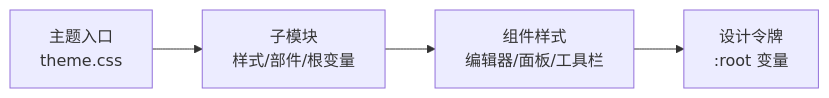
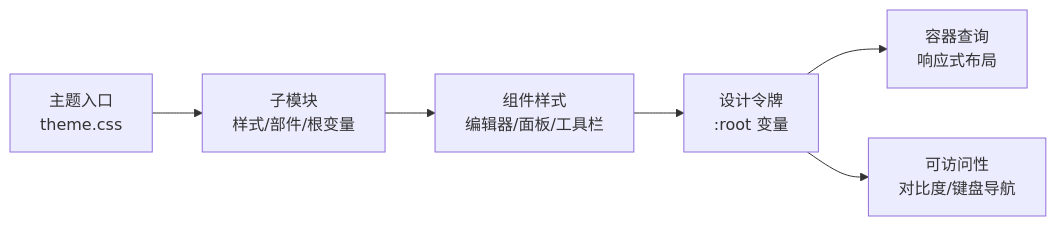
The eighth of 8 diagrams in .qoder/repowiki/zh/content/核心功能/主题系统/自定义主题开发/主题定制实例.md (terwer/siyuan-plugin-blog), drawn with Mermaid before and after one commit. The commit also changed other lines of this file and 407 other files, not shown here.

````diff
--- a/.qoder/repowiki/zh/content/核心功能/主题系统/自定义主题开发/主题定制实例.md
+++ b/.qoder/repowiki/zh/content/核心功能/主题系统/自定义主题开发/主题定制实例.md
@@ -279,6 +476,8 @@
 ```mermaid
 graph LR
 ThemeEntry["主题入口<br/>theme.css"] --> SubModule["子模块<br/>样式/部件/根变量"]
 SubModule --> Components["组件样式<br/>编辑器/面板/工具栏"]
 Components --> Tokens["设计令牌<br/>:root 变量"]
+Tokens --> ContainerQueries["容器查询<br/>响应式布局"]
+Tokens --> Accessibility["可访问性<br/>对比度/键盘导航"]
 ```
````
